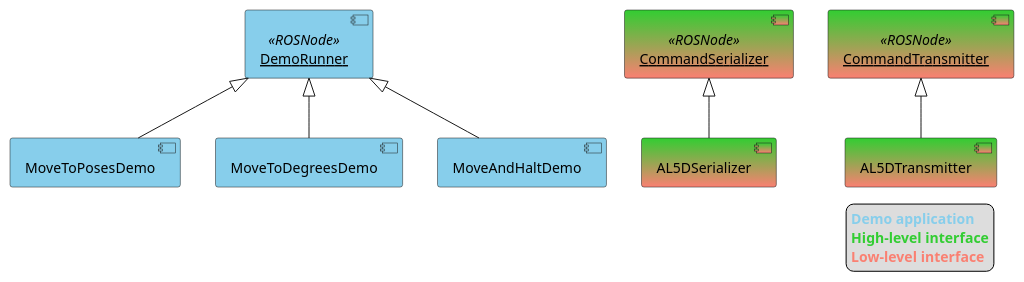
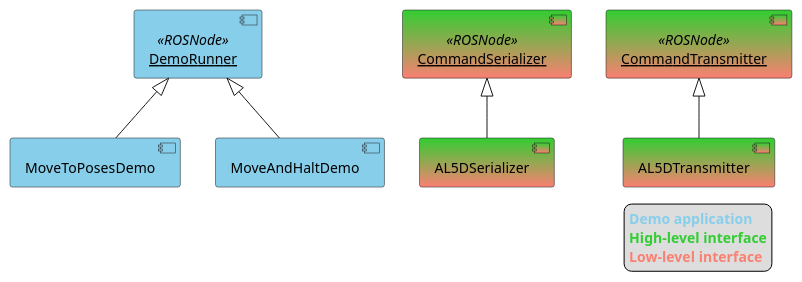
The diagram in doc/component_diagram_implementations.puml (bscp/al5d_cpp), drawn with PlantUML before and after one commit. The commit also changed 12 other files, not shown here.

Commit message:
Update diagrams

```diff
--- a/doc/component_diagram_implementations.puml
+++ b/doc/component_diagram_implementations.puml
@@ -1,25 +1,23 @@
 @startuml
 
 component "<u>DemoRunner</u>" <<ROSNode>> as DemoRunner #SkyBlue
 component "<u>CommandSerializer</u>" <<ROSNode>> as CommandSerializer #LimeGreen-Salmon
 component "<u>CommandTransmitter</u>" <<ROSNode>> as CommandTransmitter #LimeGreen-Salmon
 
 component MoveToPosesDemo #SkyBlue
-component MoveToDegreesDemo #SkyBlue
 component MoveAndHaltDemo #SkyBlue
 component AL5DSerializer #LimeGreen-Salmon
 component AL5DTransmitter #LimeGreen-Salmon
 
 DemoRunner <|-- MoveToPosesDemo
-DemoRunner <|-- MoveToDegreesDemo
 DemoRunner <|-- MoveAndHaltDemo
 CommandSerializer <|-- AL5DSerializer
 CommandTransmitter <|-- AL5DTransmitter
 
 legend right
   <b><color:SkyBlue>Demo application</color></b>
   <b><color:LimeGreen>High-level interface</color></b>
   <b><color:Salmon>Low-level interface</color></b>
 endlegend
 
 @enduml
```
